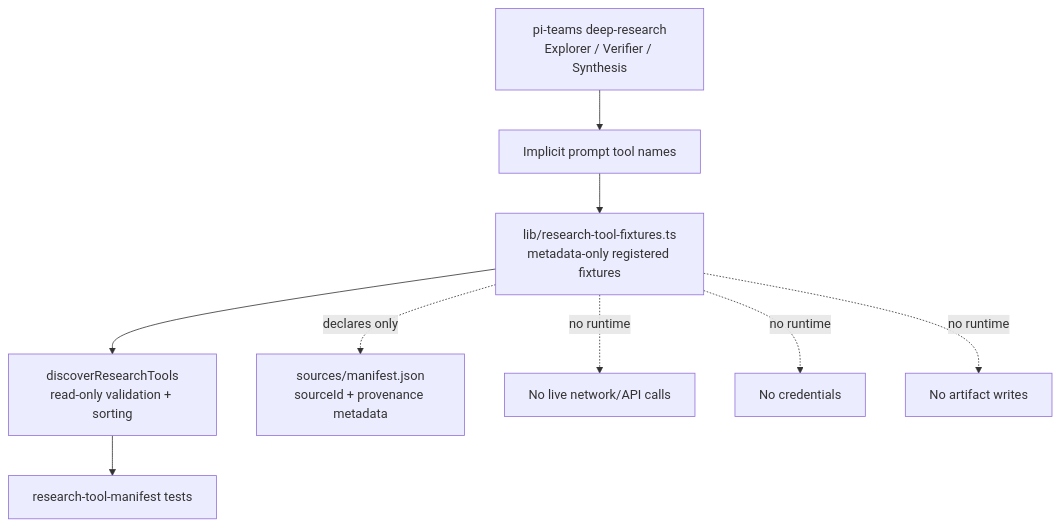
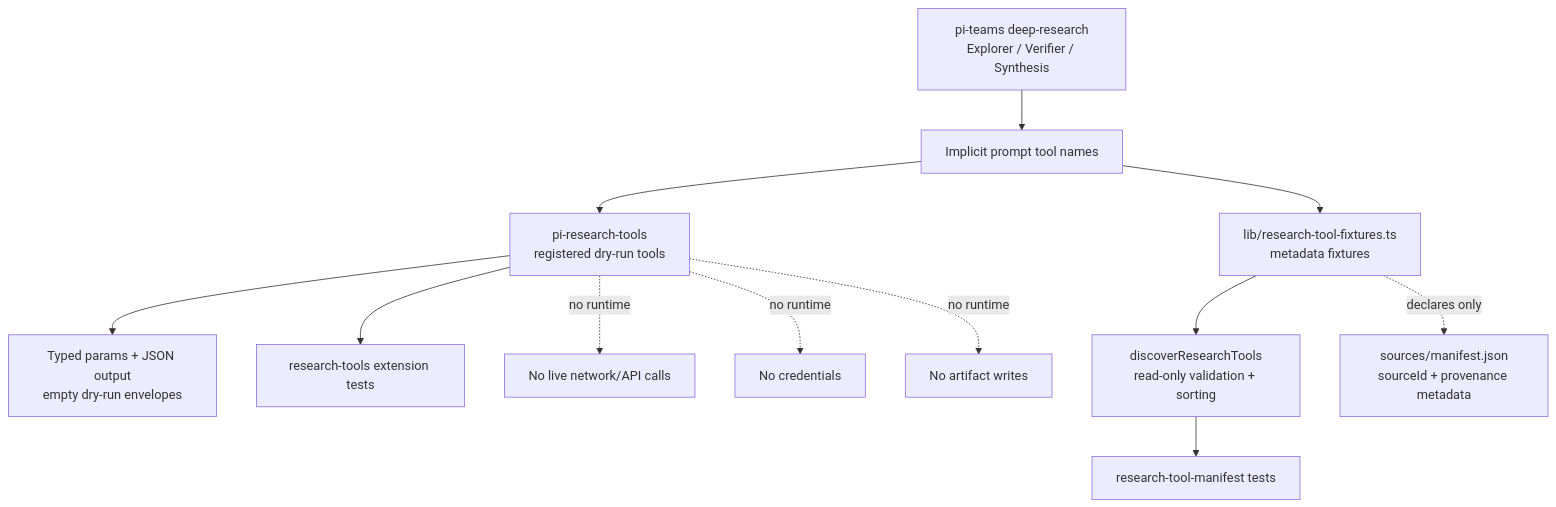
One commit to tS7hKamAYL84j91/pi-tools-and-skills changed the sixth of 8 diagrams in docs/architecture.md. Above: the diagram before and after it, drawn with Mermaid. The commit also changed other lines of this file and 11 other files, not shown here.

Commit message:
feat(research-tools): register dry-run research tools

````diff
--- a/docs/architecture.md
+++ b/docs/architecture.md
@@ -205,12 +205,15 @@
 ```mermaid
 flowchart TD
   DeepResearch[pi-teams deep-research\nExplorer / Verifier / Synthesis] --> PromptTools[Implicit prompt tool names]
-  PromptTools --> Manifest[lib/research-tool-fixtures.ts\nmetadata-only registered fixtures]
+  PromptTools --> Registered[pi-research-tools\nregistered dry-run tools]
+  PromptTools --> Manifest[lib/research-tool-fixtures.ts\nmetadata fixtures]
   Manifest --> Discovery[discoverResearchTools\nread-only validation + sorting]
+  Registered --> Json[Typed params + JSON output\nempty dry-run envelopes]
   Manifest -. declares only .-> Artifacts[sources/manifest.json\nsourceId + provenance metadata]
   Discovery --> Tests[research-tool-manifest tests]
+  Registered --> RuntimeTests[research-tools extension tests]
 
-  Manifest -. no runtime .-> NoNetwork[No live network/API calls]
-  Manifest -. no runtime .-> NoCreds[No credentials]
-  Manifest -. no runtime .-> NoWrites[No artifact writes]
+  Registered -. no runtime .-> NoNetwork[No live network/API calls]
+  Registered -. no runtime .-> NoCreds[No credentials]
+  Registered -. no runtime .-> NoWrites[No artifact writes]
 ```
````
